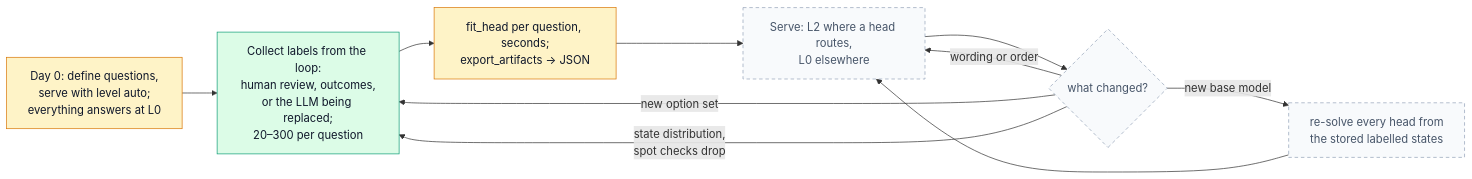
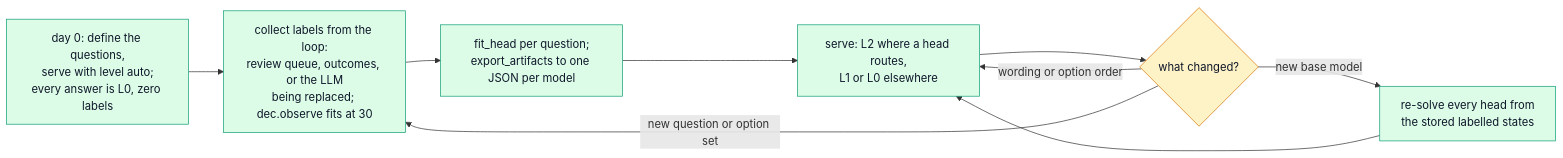
The second of 2 diagrams in README.md (MorrisZJ/AnyJev), drawn with Mermaid before and after one commit. The commit also changed other lines of this file and 23 other files, not shown here.

````diff
--- a/README.md
+++ b/README.md
@@ -201,19 +138,16 @@
 ```mermaid
 flowchart LR
-    S0["Day 0: define questions,<br/>serve with level auto;<br/>everything answers at L0"] --> C["Collect labels from the loop:<br/>human review, outcomes,<br/>or the LLM being replaced;<br/>20–300 per question"]
-    C --> FH["fit_head per question, seconds;<br/>export_artifacts → JSON"]
-    FH --> SV["Serve: L2 where a head routes,<br/>L0 elsewhere"]
-    SV --> W{"what changed?"}
-    W -- "wording or order" --> SV
-    W -- "new option set" --> C
-    W -- "state distribution,<br/>spot checks drop" --> C
-    W -- "new base model" --> RS["re-solve every head from<br/>the stored labelled states"]
-    RS --> SV
+    D0["day 0: define the questions,<br/>serve with level auto;<br/>every answer is L0, zero labels"] --> C["collect labels from the loop:<br/>review queue, outcomes, or the LLM<br/>being replaced; dec.observe fits at 30"]
+    C --> F["fit_head per question;<br/>export_artifacts to one JSON per model"]
+    F --> S["serve: L2 where a head routes,<br/>L1 or L0 elsewhere"]
+    S --> W{"what changed?"}
+    W -->|"wording or option order"| S
+    W -->|"new question or option set"| C
+    W -->|"new base model"| R["re-solve every head from<br/>the stored labelled states"]
+    R --> S
 
     classDef shipped fill:#dcfce7,stroke:#0f9d76,color:#0f172a
-    classDef preview fill:#fef3c7,stroke:#d97706,color:#0f172a
-    classDef planned fill:#f8fafc,stroke:#94a3b8,stroke-dasharray:5 4,color:#475569
-    class C shipped
-    class S0,FH preview
-    class SV,W,RS planned
+    classDef decision fill:#fef3c7,stroke:#d97706,color:#0f172a
+    class D0,C,F,S,R shipped
+    class W decision
 ```
````
